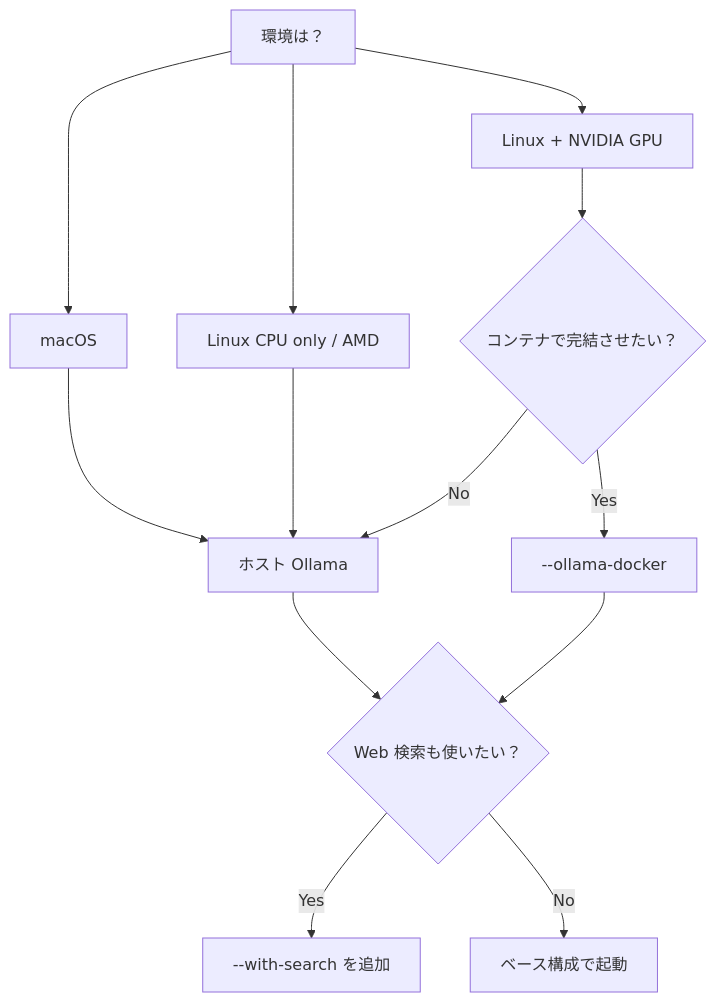
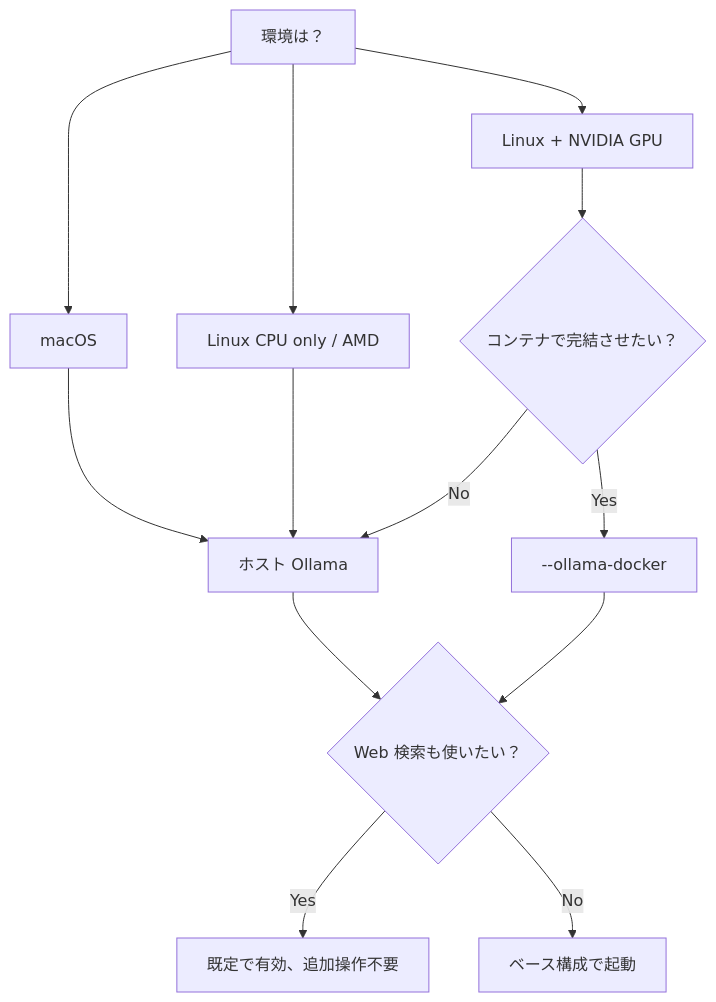
Before and after one commit to zephel01/hermes-docker-ollama-template: the second of 2 diagrams in README.md, drawn with Mermaid. The commit also changed other lines of this file and 19 other files, not shown here.

````diff
--- a/README.md
+++ b/README.md
@@ -98,15 +97,15 @@
 ```mermaid
 flowchart TD
     A[環境は？] --> B[macOS]
     A --> C[Linux + NVIDIA GPU]
     A --> D[Linux CPU only / AMD]
     B --> E[ホスト Ollama]
     C --> F{コンテナで完結させたい？}
     D --> E
     F -->|Yes| G[--ollama-docker]
     F -->|No| E
     E --> H{Web 検索も使いたい？}
     G --> H
-    H -->|Yes| I[--with-search を追加]
+    H -->|Yes| I[既定で有効、追加操作不要]
     H -->|No| J[ベース構成で起動]
 ```
````
